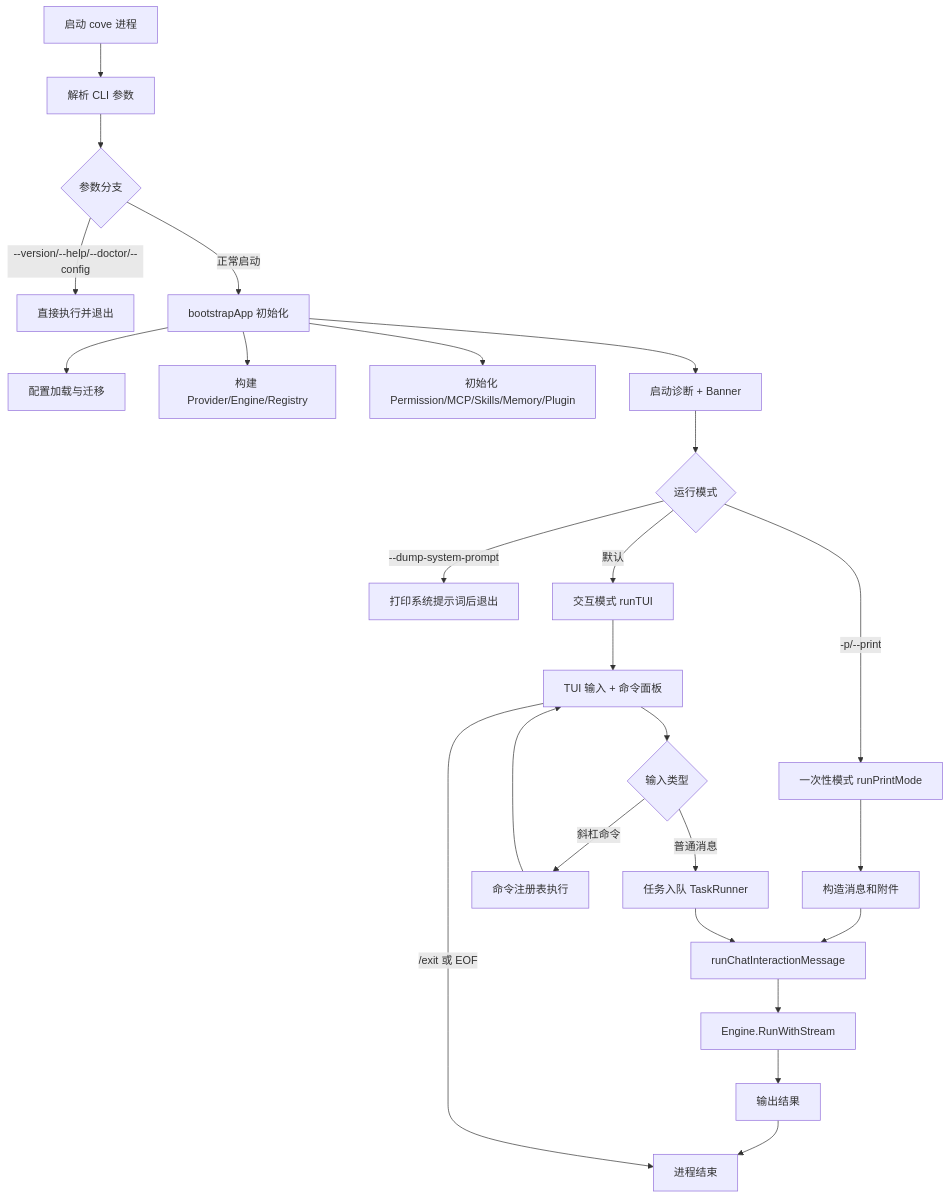
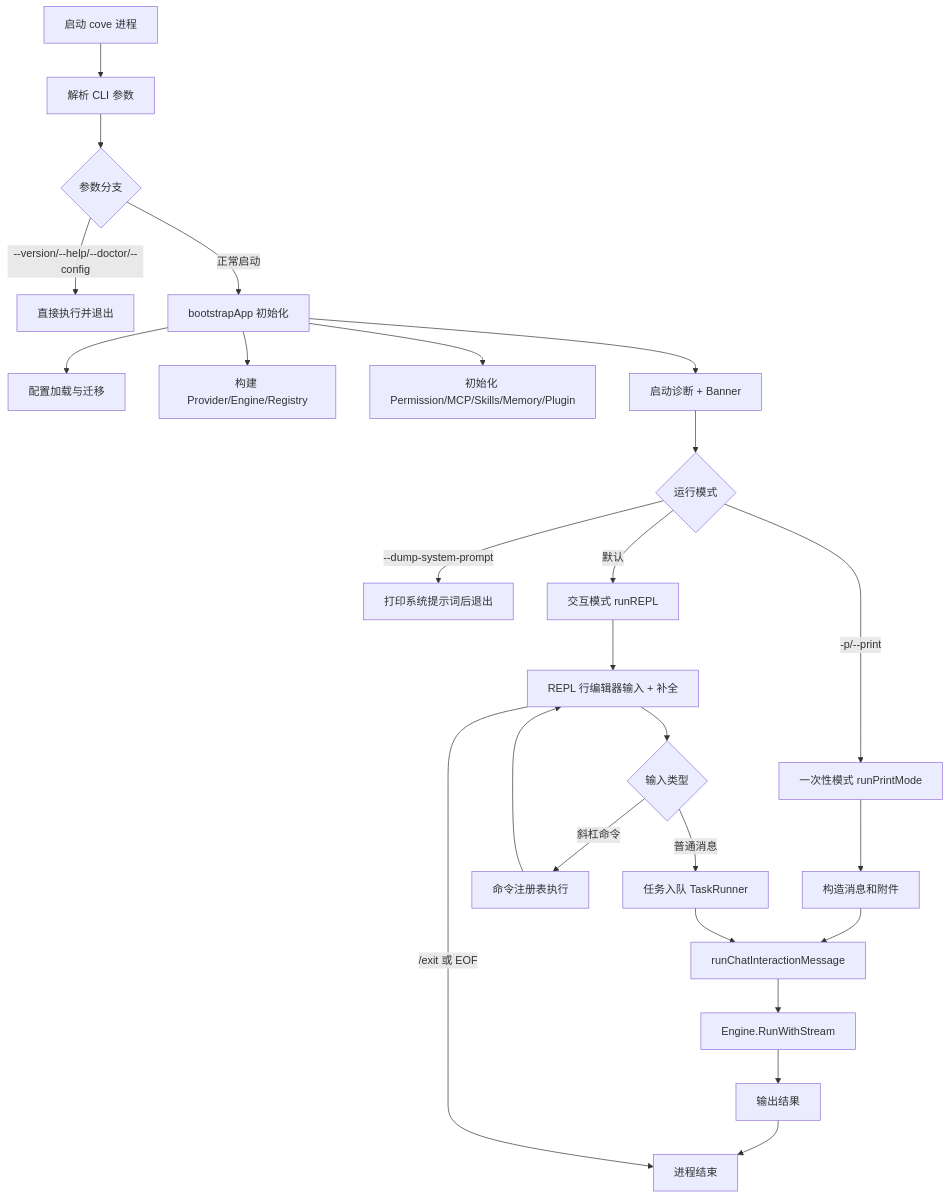
Before and after one commit to liuzhixin405/cove: the first of 16 diagrams in docs/全流程图-端到端.md, drawn with Mermaid. The commit also changed other lines of this file and 369 other files, not shown here.

````diff
--- a/docs/全流程图-端到端.md
+++ b/docs/全流程图-端到端.md
@@ -7,33 +7,33 @@
 ```mermaid
 flowchart TD
     A[启动 cove 进程] --> B[解析 CLI 参数]
     B --> C{参数分支}
 
     C -->|--version/--help/--doctor/--config| C1[直接执行并退出]
     C -->|正常启动| D[bootstrapApp 初始化]
 
     D --> D1[配置加载与迁移]
     D --> D2[构建 Provider/Engine/Registry]
     D --> D3[初始化 Permission/MCP/Skills/Memory/Plugin]
     D --> D4[启动诊断 + Banner]
 
     D4 --> E{运行模式}
     E -->|--dump-system-prompt| E1[打印系统提示词后退出]
     E -->|-p/--print| F[一次性模式 runPrintMode]
-    E -->|默认| G[交互模式 runTUI]
+    E -->|默认| G[交互模式 runREPL]
 
     F --> F1[构造消息和附件]
     F1 --> H[runChatInteractionMessage]
     H --> I[Engine.RunWithStream]
     I --> J[输出结果]
 
-    G --> G1[TUI 输入 + 命令面板]
+    G --> G1[REPL 行编辑器输入 + 补全]
     G1 --> G2{输入类型}
     G2 -->|斜杠命令| G3[命令注册表执行]
     G2 -->|普通消息| G4[任务入队 TaskRunner]
     G4 --> H
     G3 --> G1
 
     J --> Z[进程结束]
     G1 -->|/exit 或 EOF| Z
 ```
````
